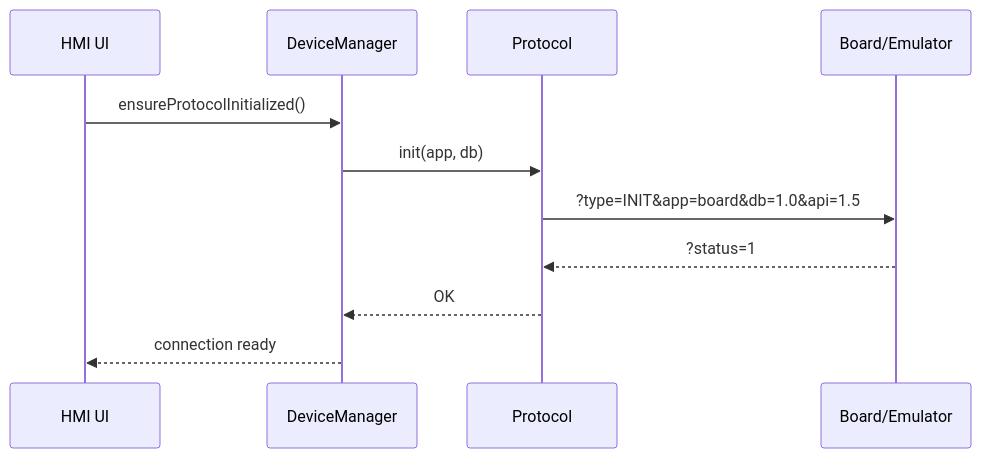
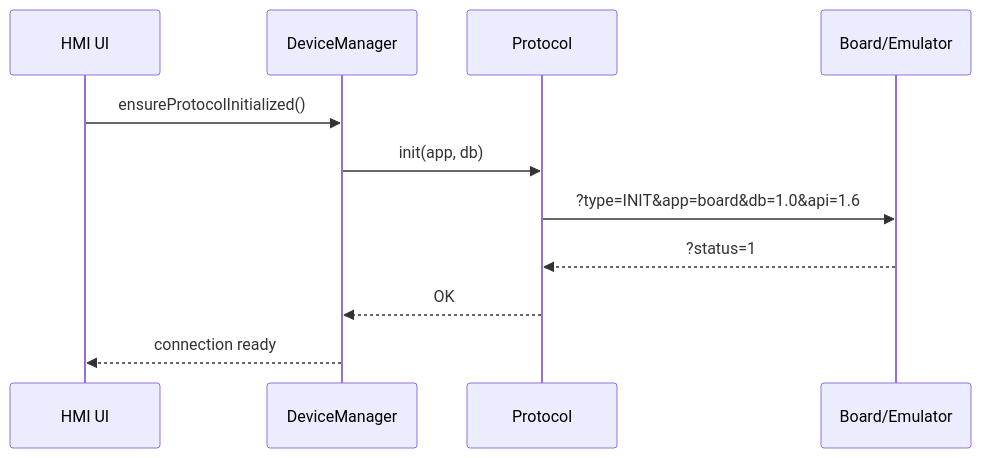
One commit to sgtkingo/EduBox-HUB-Panel changed the first of 4 diagrams in docs/PROTOCOL_CZ.md. Above: the diagram before and after it, drawn with Mermaid. The commit also changed other lines of this file and 25 other files, not shown here.

````diff
--- a/docs/PROTOCOL_CZ.md
+++ b/docs/PROTOCOL_CZ.md
@@ -411,14 +411,14 @@
 ```mermaid
 sequenceDiagram
     participant UI as HMI UI
     participant DM as DeviceManager
     participant P as Protocol
     participant HW as Board/Emulator
 
     UI->>DM: ensureProtocolInitialized()
     DM->>P: init(app, db)
-    P->>HW: ?type=INIT&app=board&db=1.0&api=1.5
+    P->>HW: ?type=INIT&app=board&db=1.0&api=1.6
     HW-->>P: ?status=1
     P-->>DM: OK
     DM-->>UI: connection ready
 ```
````
